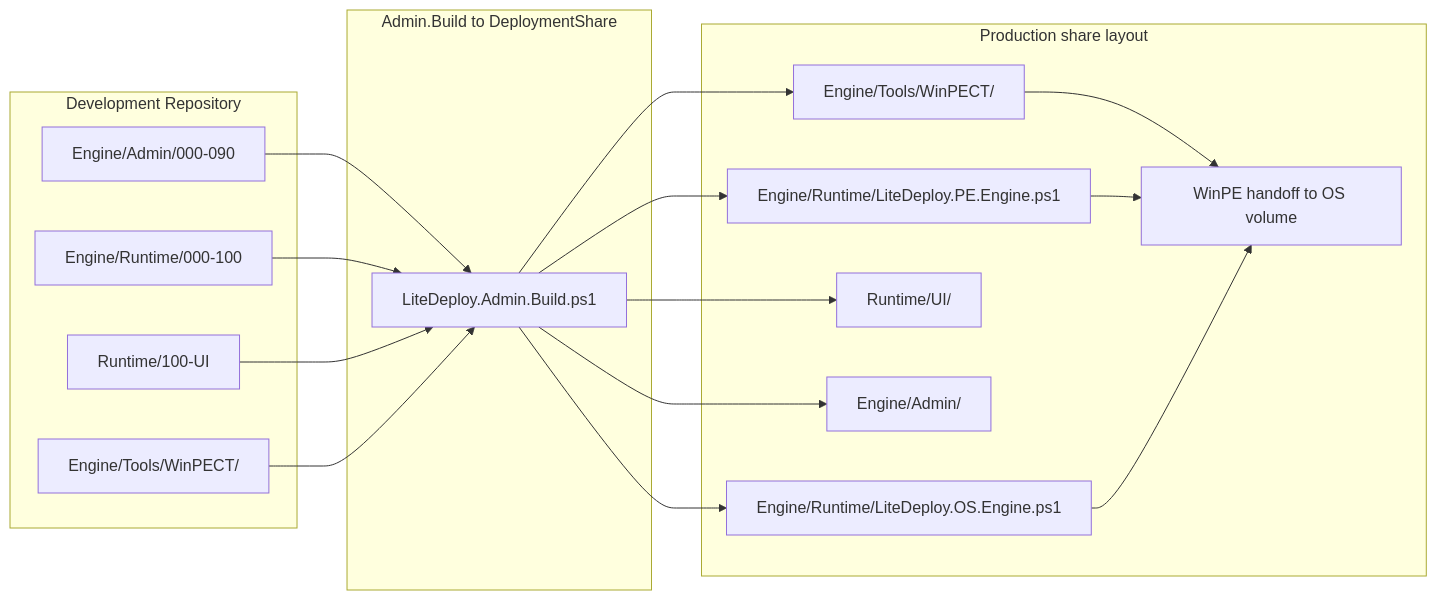
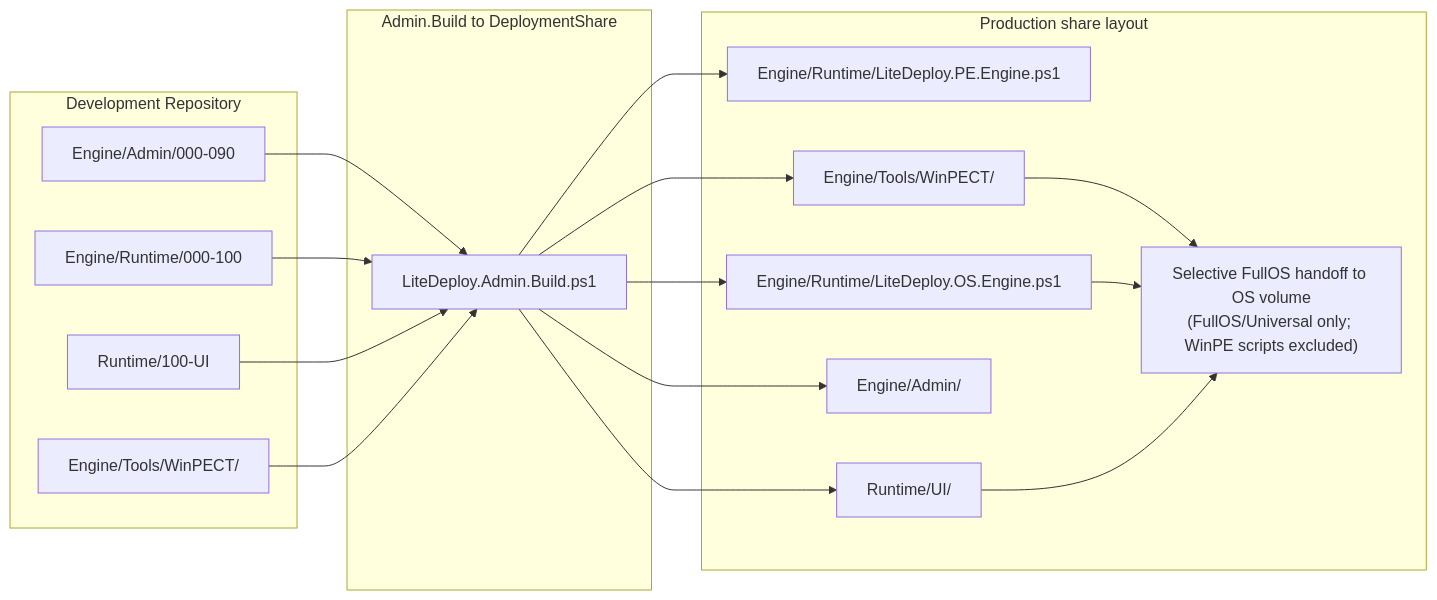
The sixth of 6 diagrams in _Docs/architecture/LITEDEPLOY_DEPLOYMENT_DIAGRAM.md (cmartineztech/LiteDeploy.Core), drawn with Mermaid before and after one commit. The commit also changed other lines of this file and 4 other files, not shown here.

Commit message:
docs(diagrams): synchronize all lifecycle, statechart, and credentials diagrams with zero-action purge and selective FullOS staging

````diff
--- a/_Docs/architecture/LITEDEPLOY_DEPLOYMENT_DIAGRAM.md
+++ b/_Docs/architecture/LITEDEPLOY_DEPLOYMENT_DIAGRAM.md
@@ -221,27 +237,27 @@
 ```mermaid
 flowchart LR
     subgraph DevelopmentRepo["Development Repository"]
         AdminSrc["Engine/Admin/000-090"]
         RuntimeSrc["Engine/Runtime/000-100"]
         UISrc["Runtime/100-UI"]
         ToolsSrc["Engine/Tools/WinPECT/"]
     end
 
     subgraph AdminBuild["Admin.Build to DeploymentShare"]
         AdminSrc --> BuildProc["LiteDeploy.Admin.Build.ps1"]
         RuntimeSrc --> BuildProc
         UISrc --> BuildProc
         ToolsSrc --> BuildProc
     end
 
     subgraph PublishedShare["Production share layout"]
         BuildProc --> FlatRuntime["Engine/Runtime/LiteDeploy.PE.Engine.ps1"]
         BuildProc --> FlatFullOS["Engine/Runtime/LiteDeploy.OS.Engine.ps1"]
         BuildProc --> FlatUI["Runtime/UI/"]
         BuildProc --> FlatAdmin["Engine/Admin/"]
         BuildProc --> FlatTools["Engine/Tools/WinPECT/"]
-        FlatTools --> StageOS["WinPE handoff to OS volume"]
-        FlatRuntime --> StageOS
+        FlatTools --> StageOS["Selective FullOS handoff to OS volume<br/>(FullOS/Universal only; WinPE scripts excluded)"]
         FlatFullOS --> StageOS
+        FlatUI --> StageOS
     end
 ```
````
